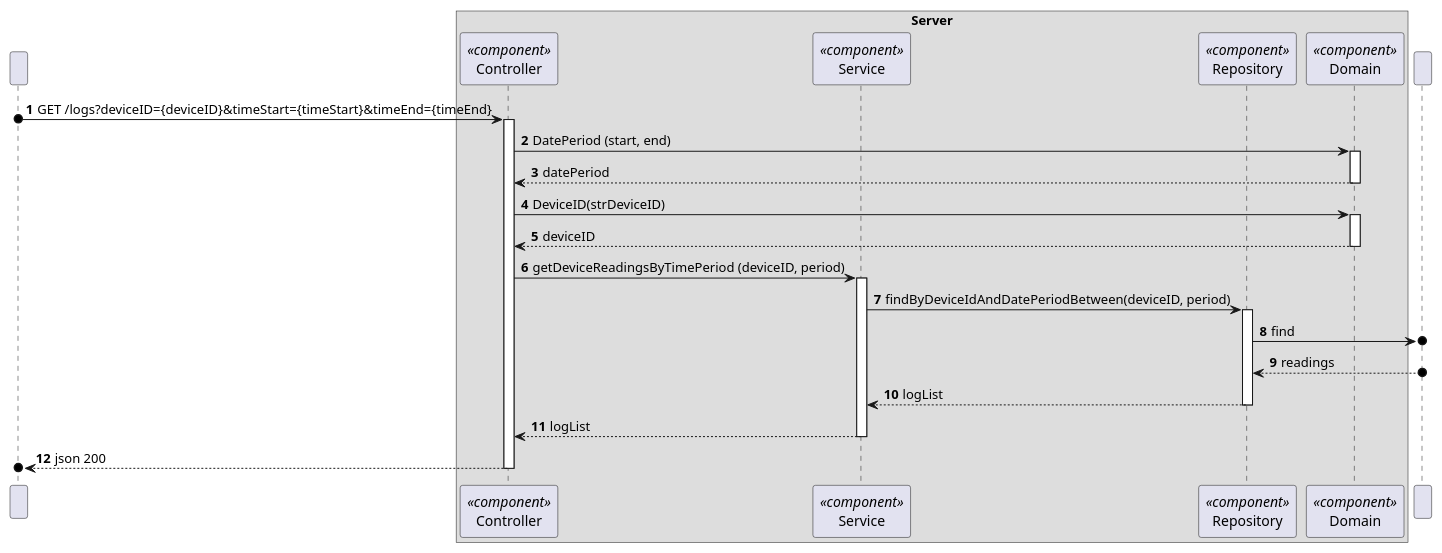
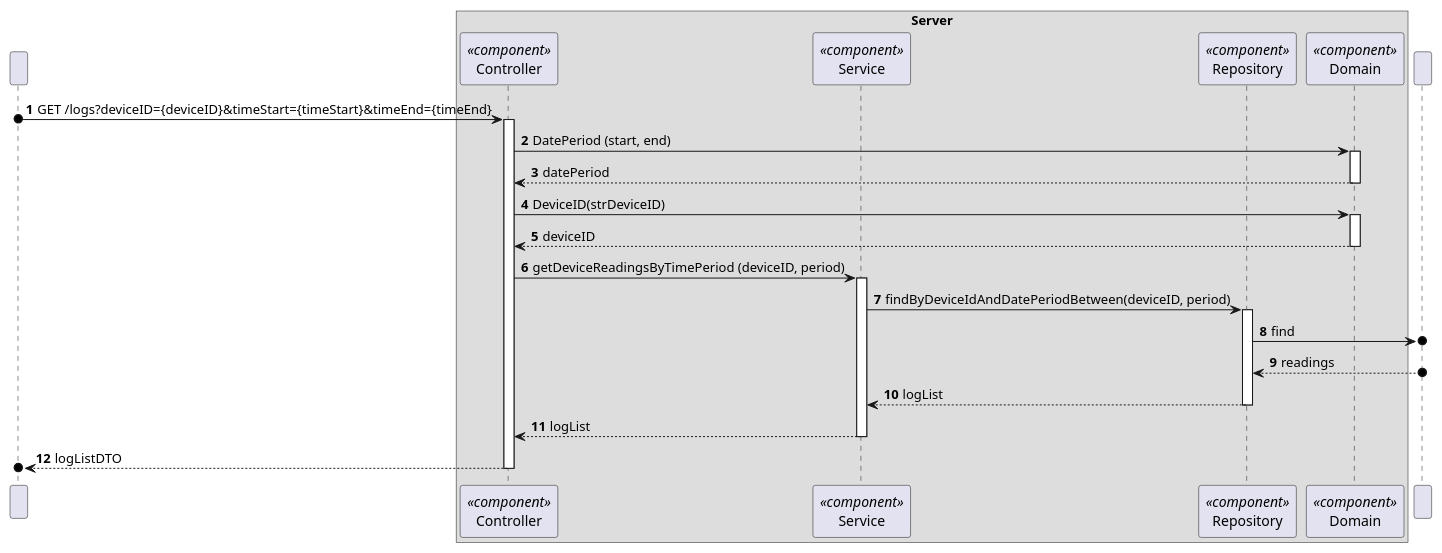
One commit to moutajDev/smarthome changed the diagram in docs/C4_4plus1_models/Level4/ProcessView/ProcessViewLevel4_UC11.puml. Above: the diagram before and after it, drawn with PlantUML. The commit also changed 24 other files, not shown here.

```diff
--- a/docs/C4_4plus1_models/Level4/ProcessView/ProcessViewLevel4_UC11.puml
+++ b/docs/C4_4plus1_models/Level4/ProcessView/ProcessViewLevel4_UC11.puml
@@ -1,48 +1,48 @@
 @startuml
 'https://plantuml.com/sequence-diagram
 !pragma layout smetana
 
 autonumber
 
 participant " " as User
 
 box "Server"
     participant "Controller" as CTRL<<component>>
     participant "Service" as SV<<component>>
     participant "Repository" as REPO<<component>>
     participant "Domain" as DOM<<component>>
 end box
 
 participant " " as BD
 
 User o-> CTRL : GET /logs?deviceID={deviceID}&timeStart={timeStart}&timeEnd={timeEnd}
 activate CTRL
 CTRL -> DOM : DatePeriod (start, end)
 activate DOM
 DOM --> CTRL : datePeriod
 deactivate DOM
 
 CTRL -> DOM : DeviceID(strDeviceID)
 activate DOM
 DOM --> CTRL : deviceID
 deactivate DOM
 
 CTRL -> SV : getDeviceReadingsByTimePeriod (deviceID, period)
 activate SV
 
 SV -> REPO : findByDeviceIdAndDatePeriodBetween(deviceID, period)
 activate REPO
 
 REPO ->o BD : find
 BD o--> REPO : readings
 
 REPO --> SV : logList
 deactivate REPO
 
 SV --> CTRL : logList
 deactivate SV
-CTRL -->o User : json 200
+CTRL -->o User : logListDTO
 deactivate CTRL
 
 
 @enduml
```
